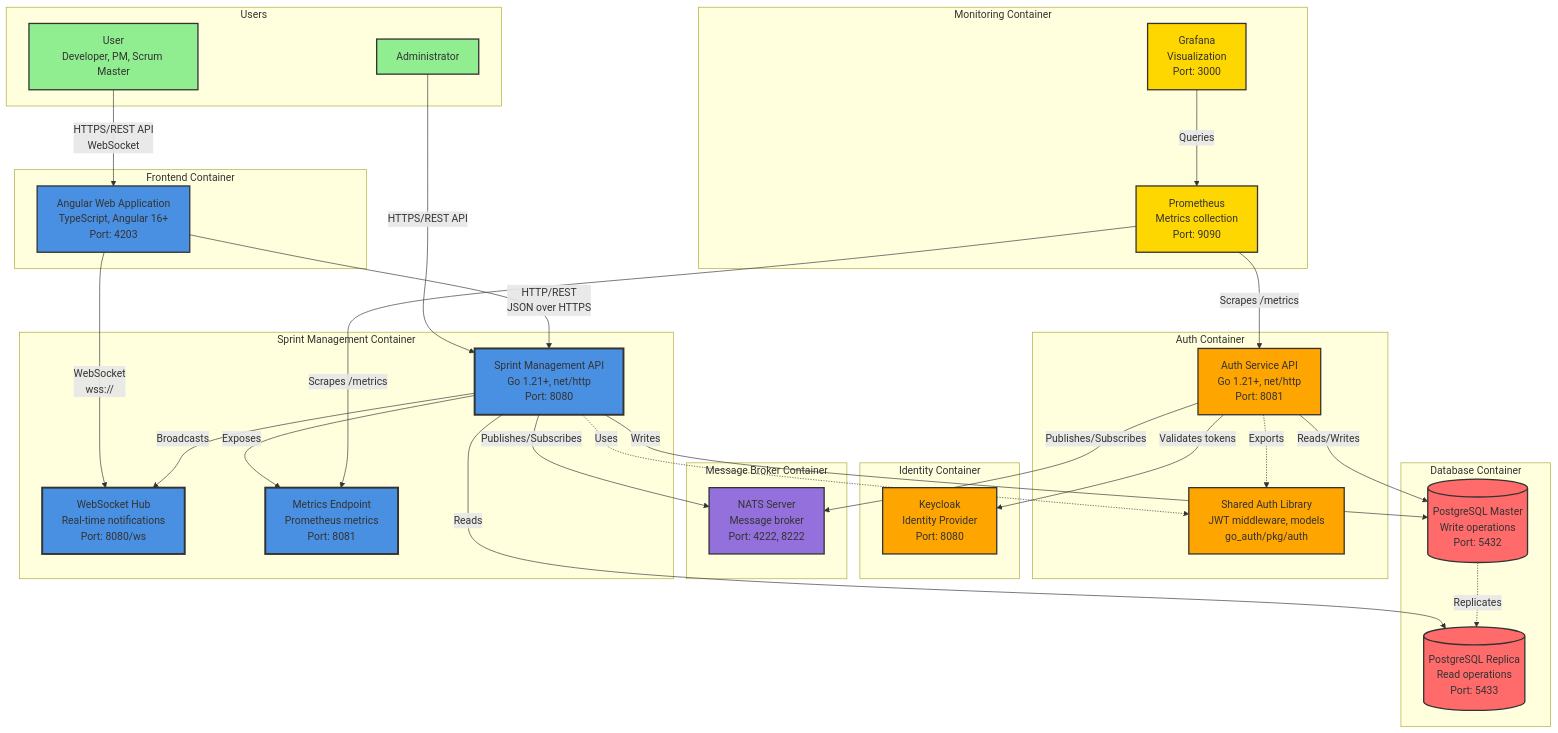
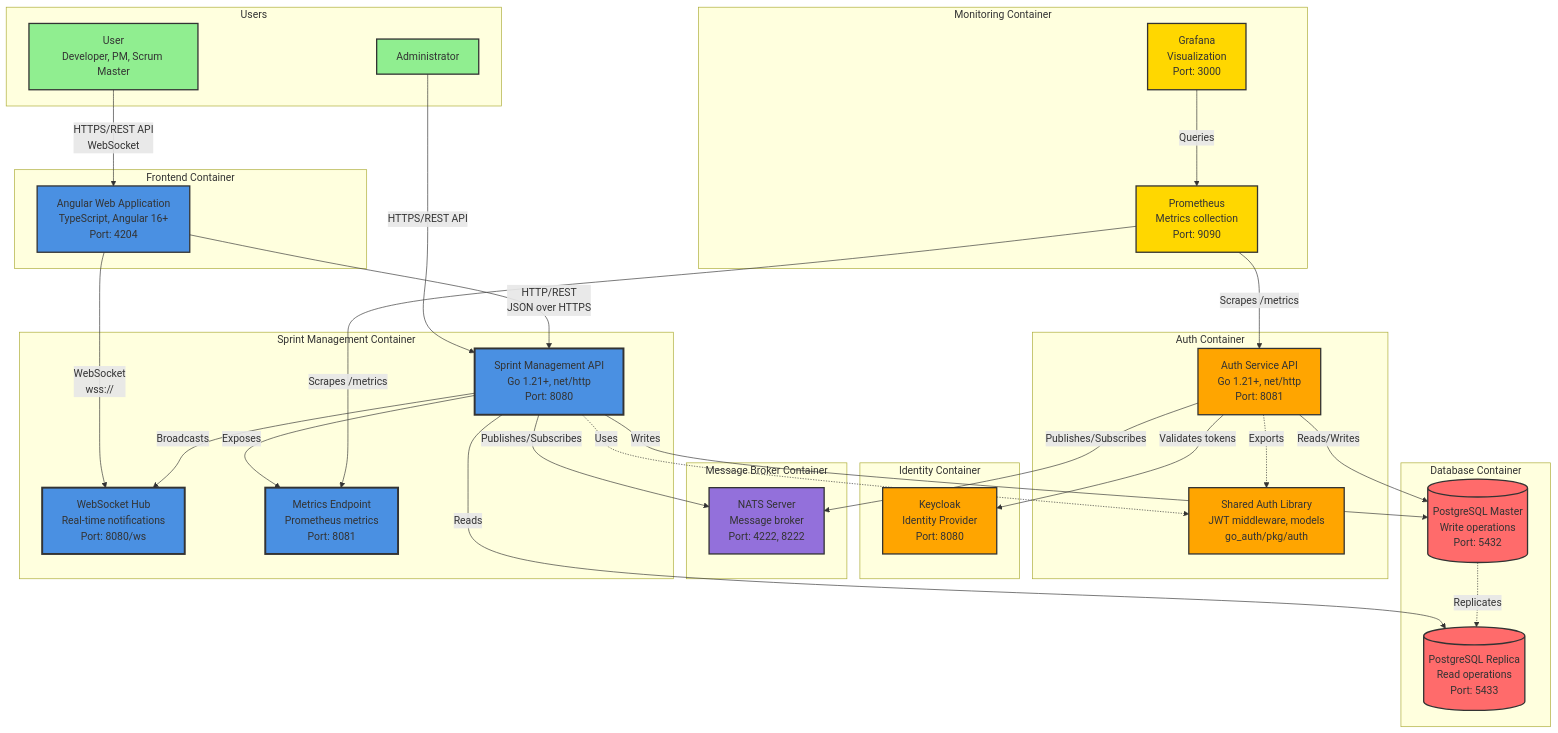
Before and after one commit to humoroushorse/ttrpg-api: the diagram in go_sprint/docs/diagrams/c4-container.md, drawn with Mermaid. The commit also changed other lines of this file and 112 other files, not shown here.

```diff
--- a/go_sprint/docs/diagrams/c4-container.md
+++ b/go_sprint/docs/diagrams/c4-container.md
@@ -12,7 +12,7 @@
     end
 
     subgraph "Frontend Container"
-        WEB[Angular Web Application<br/>TypeScript, Angular 16+<br/>Port: 4203]
+        WEB[Angular Web Application<br/>TypeScript, Angular 16+<br/>Port: 4204]
     end
 
     subgraph "Sprint Management Container"
```
